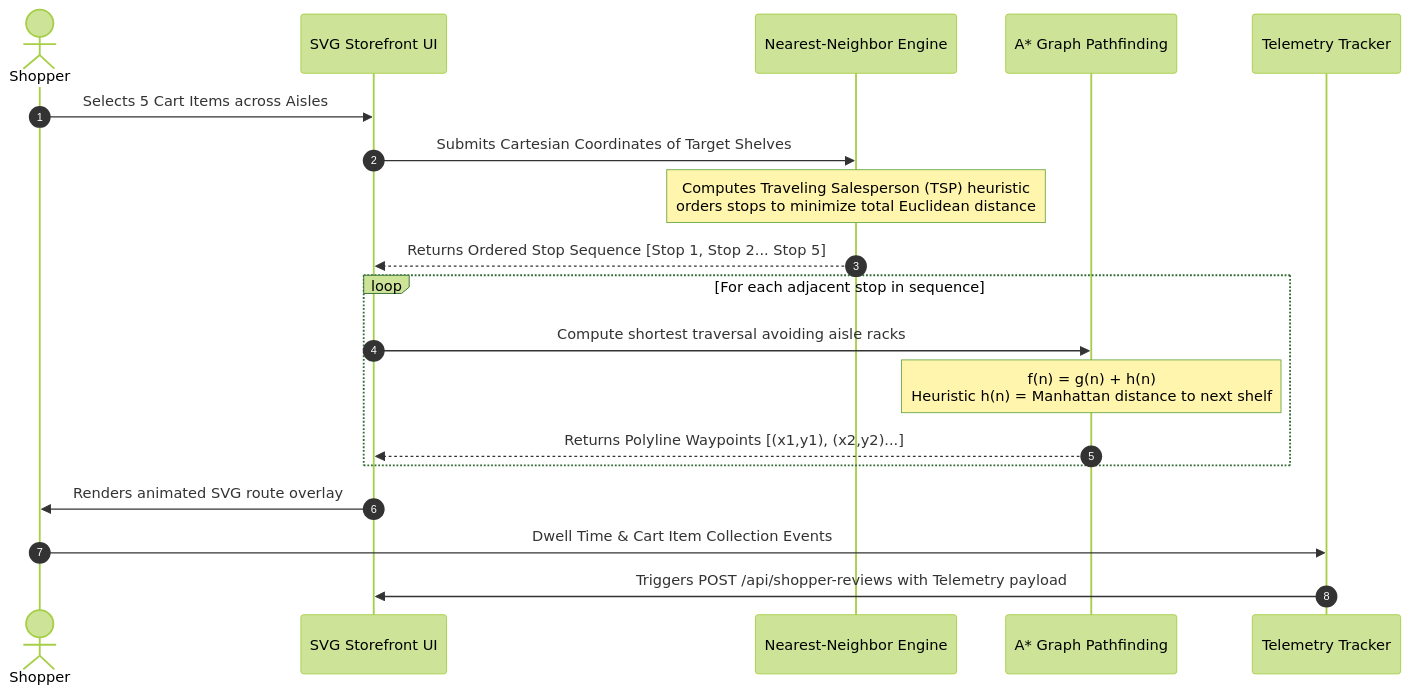
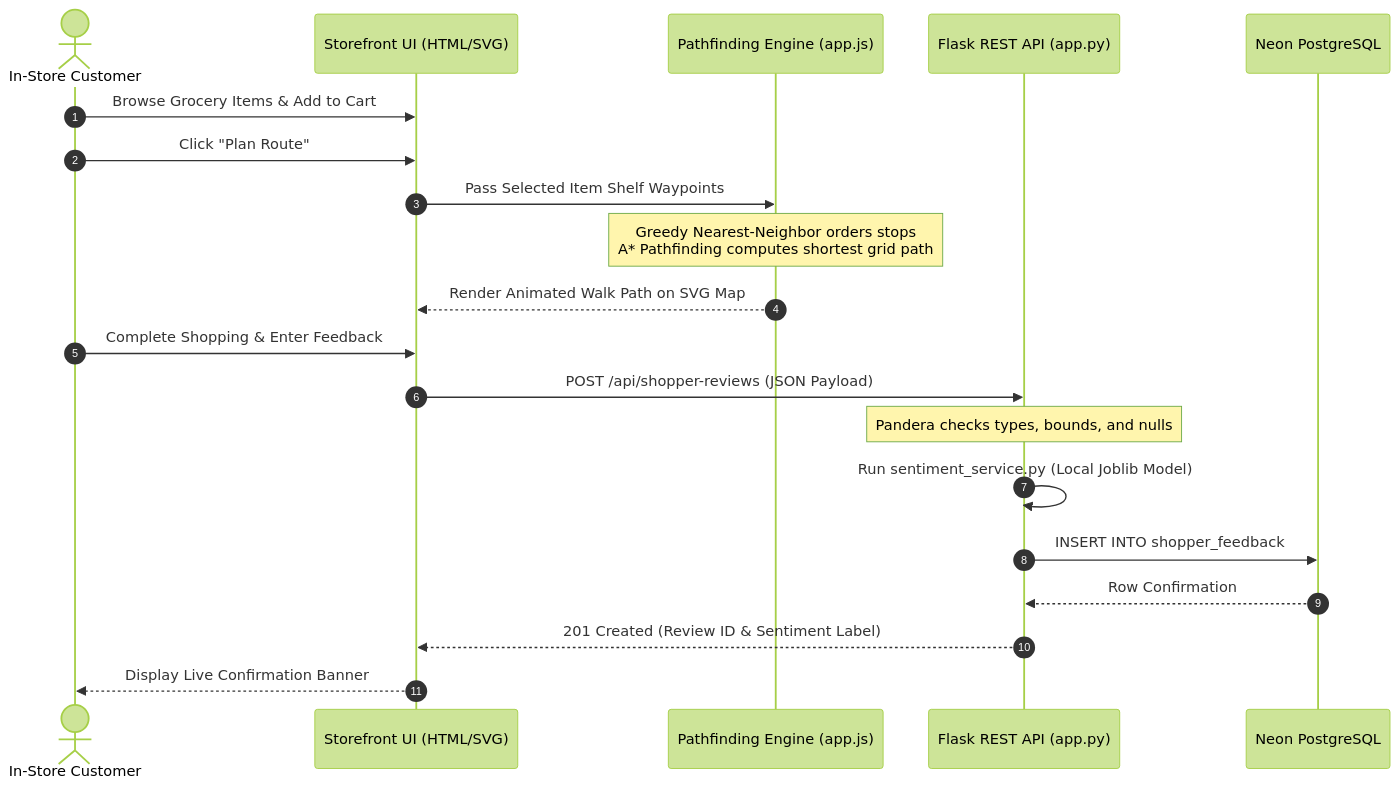
One commit to poruri-santhosh/Aislewise-2 changed the fourth of 4 diagrams in README.md. Above: the diagram before and after it, drawn with Mermaid (forest theme). The commit also changed other lines of this file, not shown here.

````diff
--- a/README.md
+++ b/README.md
@@ -375,22 +241,23 @@
 ```mermaid
 sequenceDiagram
     autonumber
-    actor Shopper
-    participant UI as SVG Storefront UI
-    participant NN as Nearest-Neighbor Engine
-    participant AStar as A* Graph Pathfinding
-    participant Telemetry as Telemetry Tracker
+    actor Shopper as In-Store Customer
+    participant DOM as Storefront UI (HTML/SVG)
+    participant Engine as Pathfinding Engine (app.js)
+    participant API as Flask REST API (app.py)
+    participant DB as Neon PostgreSQL
 
-    Shopper->>UI: Selects 5 Cart Items across Aisles
-    UI->>NN: Submits Cartesian Coordinates of Target Shelves
-    Note over NN: Computes Traveling Salesperson (TSP) heuristic<br/>orders stops to minimize total Euclidean distance
-    NN-->>UI: Returns Ordered Stop Sequence [Stop 1, Stop 2... Stop 5]
-    loop For each adjacent stop in sequence
-        UI->>AStar: Compute shortest traversal avoiding aisle racks
-        Note over AStar: f(n) = g(n) + h(n)<br/>Heuristic h(n) = Manhattan distance to next shelf
-        AStar-->>UI: Returns Polyline Waypoints [(x1,y1), (x2,y2)...]
-    end
-    UI->>Shopper: Renders animated SVG route overlay
-    Shopper->>Telemetry: Dwell Time & Cart Item Collection Events
-    Telemetry->>UI: Triggers POST /api/shopper-reviews with Telemetry payload
+    Shopper->>DOM: Browse Grocery Items & Add to Cart
+    Shopper->>DOM: Click "Plan Route"
+    DOM->>Engine: Pass Selected Item Shelf Waypoints
+    Note over Engine: Greedy Nearest-Neighbor orders stops<br/>A* Pathfinding computes shortest grid path
+    Engine-->>DOM: Render Animated Walk Path on SVG Map
+    Shopper->>DOM: Complete Shopping & Enter Feedback
+    DOM->>API: POST /api/shopper-reviews (JSON Payload)
+    Note over API: Pandera checks types, bounds, and nulls
+    API->>API: Run sentiment_service.py (Local Joblib Model)
+    API->>DB: INSERT INTO shopper_feedback
+    DB-->>API: Row Confirmation
+    API-->>DOM: 201 Created (Review ID & Sentiment Label)
+    DOM-->>Shopper: Display Live Confirmation Banner
 ```
````
